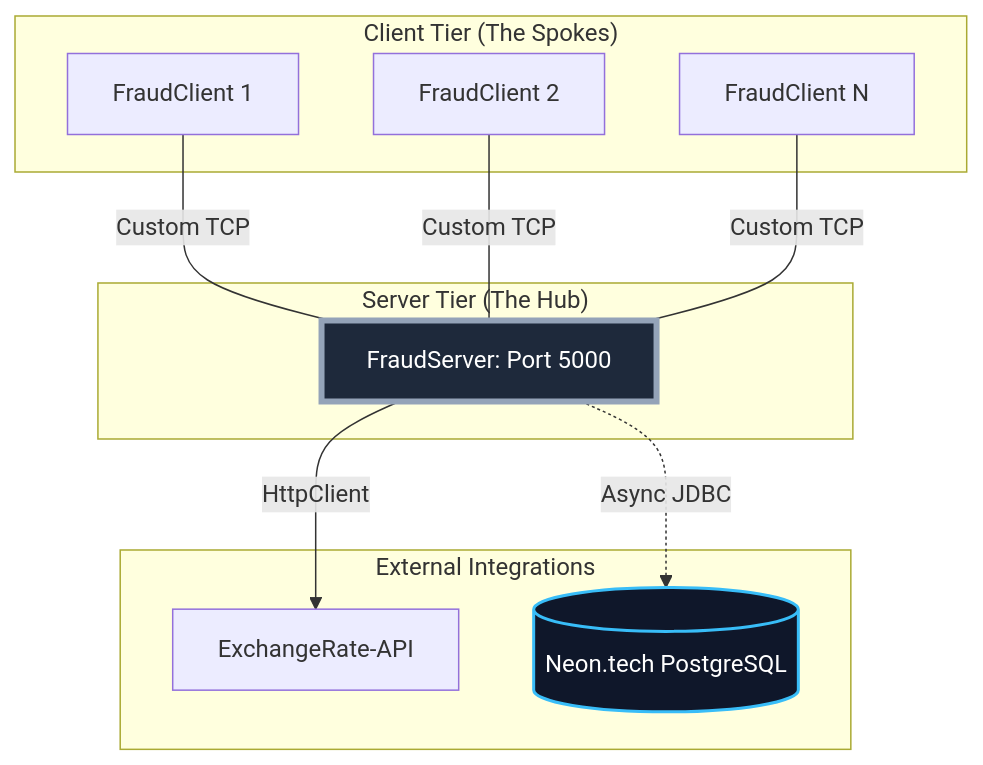
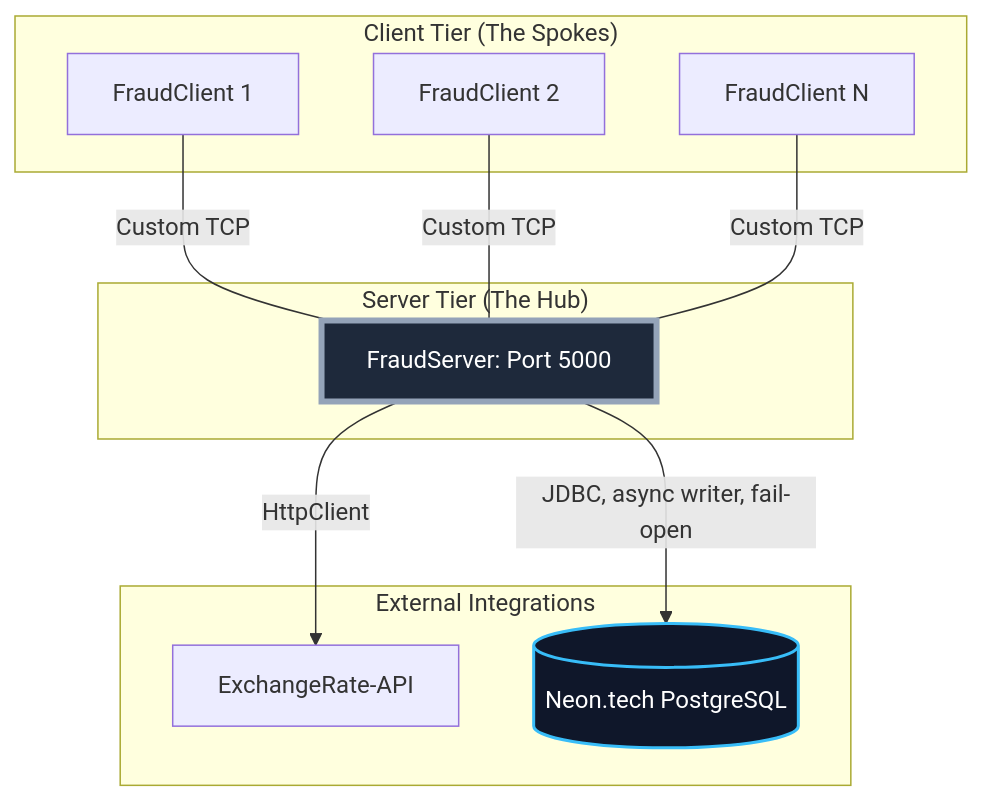
One commit to antoniopopescu218/FraudNet-system changed the diagram in readme.md. Above: the diagram before and after it, drawn with Mermaid. The commit also changed other lines of this file, not shown here.

````diff
--- a/readme.md
+++ b/readme.md
@@ -10,30 +10,30 @@
 ```mermaid
 graph TD
     %% Define Nodes
     subgraph "Client Tier (The Spokes)"
         C1[FraudClient 1]
         C2[FraudClient 2]
         C3[FraudClient N]
     end
 
     subgraph "Server Tier (The Hub)"
         S[FraudServer: Port 5000]
     end
 
     subgraph "External Integrations"
         API[ExchangeRate-API]
         DB[(Neon.tech PostgreSQL)]
     end
 
     %% Define Connections
     C1 ---|Custom TCP| S
     C2 ---|Custom TCP| S
     C3 ---|Custom TCP| S
 
     S -->|HttpClient| API
-    S -.->|Async JDBC| DB
+    S -->|JDBC, async writer, fail-open| DB
 
     %% Styling - Dark Theme
     style S fill:#1e293b,stroke:#94a3b8,stroke-width:4px,color:#ffffff
     style DB fill:#0f172a,stroke:#38bdf8,stroke-width:2px,color:#ffffff
 ```
````
